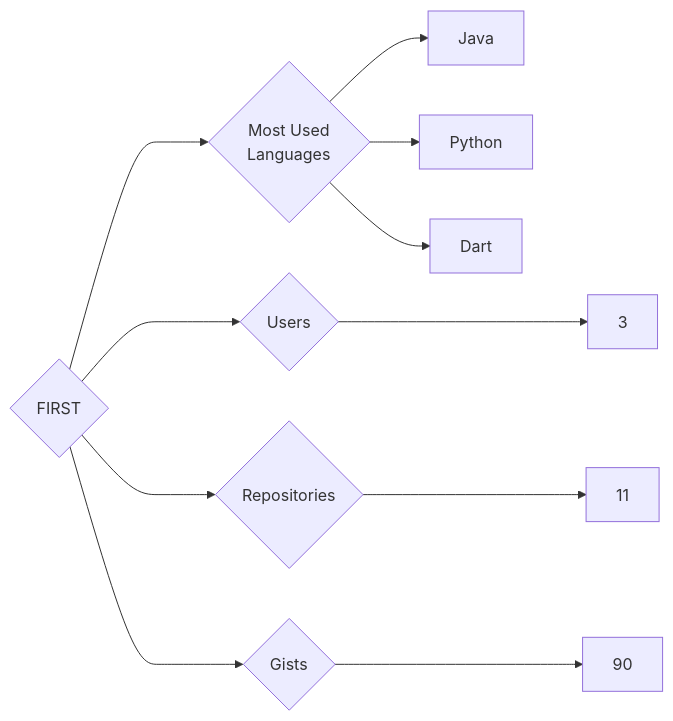
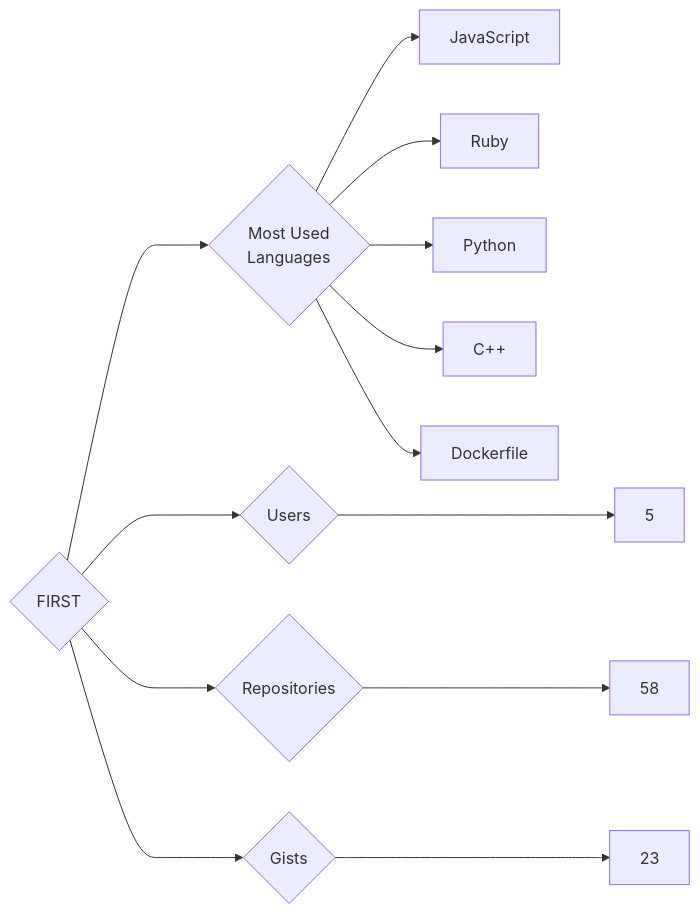
One commit to trickest/insiders changed the diagram in targets/FIRST/README.md. Above: the diagram before and after it, drawn with Mermaid. The commit also changed 985 other files, not shown here.

````diff
--- a/targets/FIRST/README.md
+++ b/targets/FIRST/README.md
@@ -3,11 +3,13 @@
 ```mermaid
 graph LR
 COMPANY_NAME{FIRST}
-COMPANY_NAME ---> U{Users} ---> UN[3]
-COMPANY_NAME ---> R{Repositories} ---> RN[11]
-COMPANY_NAME ---> G{Gists} ---> GN[90]
+COMPANY_NAME ---> U{Users} ---> UN[5]
+COMPANY_NAME ---> R{Repositories} ---> RN[58]
+COMPANY_NAME ---> G{Gists} ---> GN[23]
 COMPANY_NAME ---> ML{Most Used<br>Languages}
-ML --> Java[Java]
+ML --> JavaScript[JavaScript]
+ML --> Ruby[Ruby]
 ML --> Python[Python]
-ML --> Dart[Dart]
+ML --> C++[C++]
+ML --> Dockerfile[Dockerfile]
 ```
````
